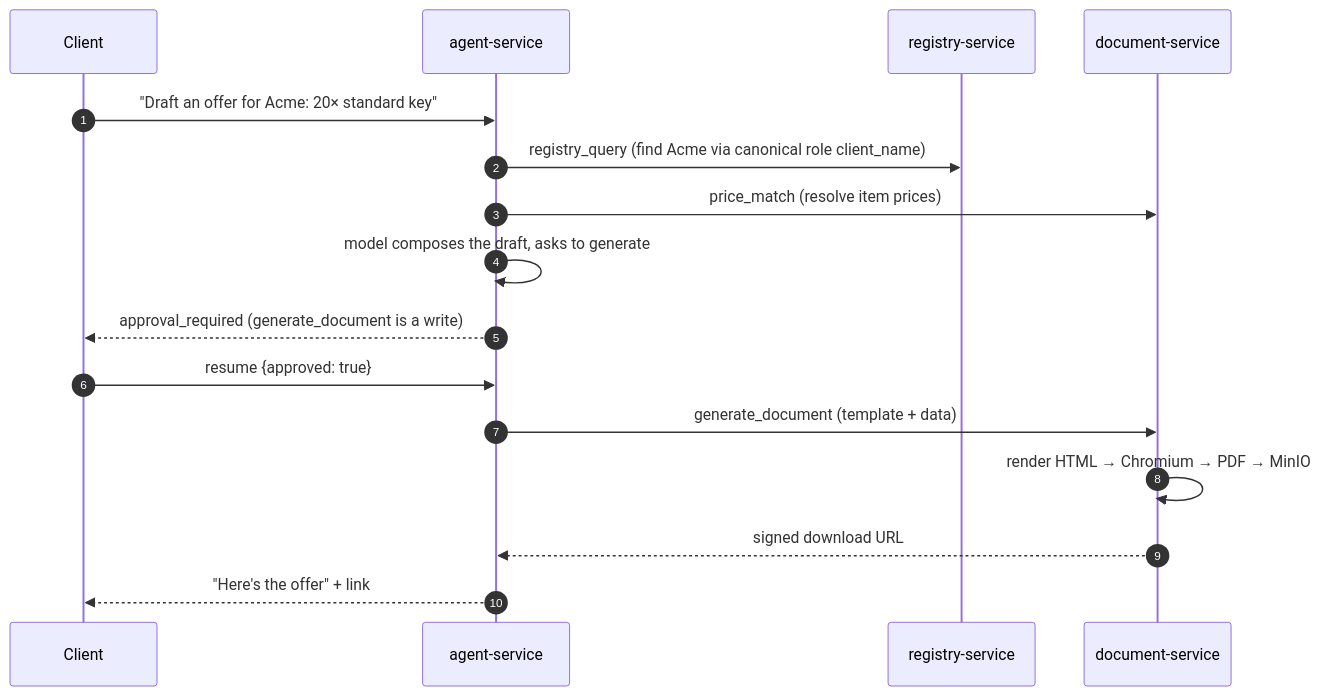
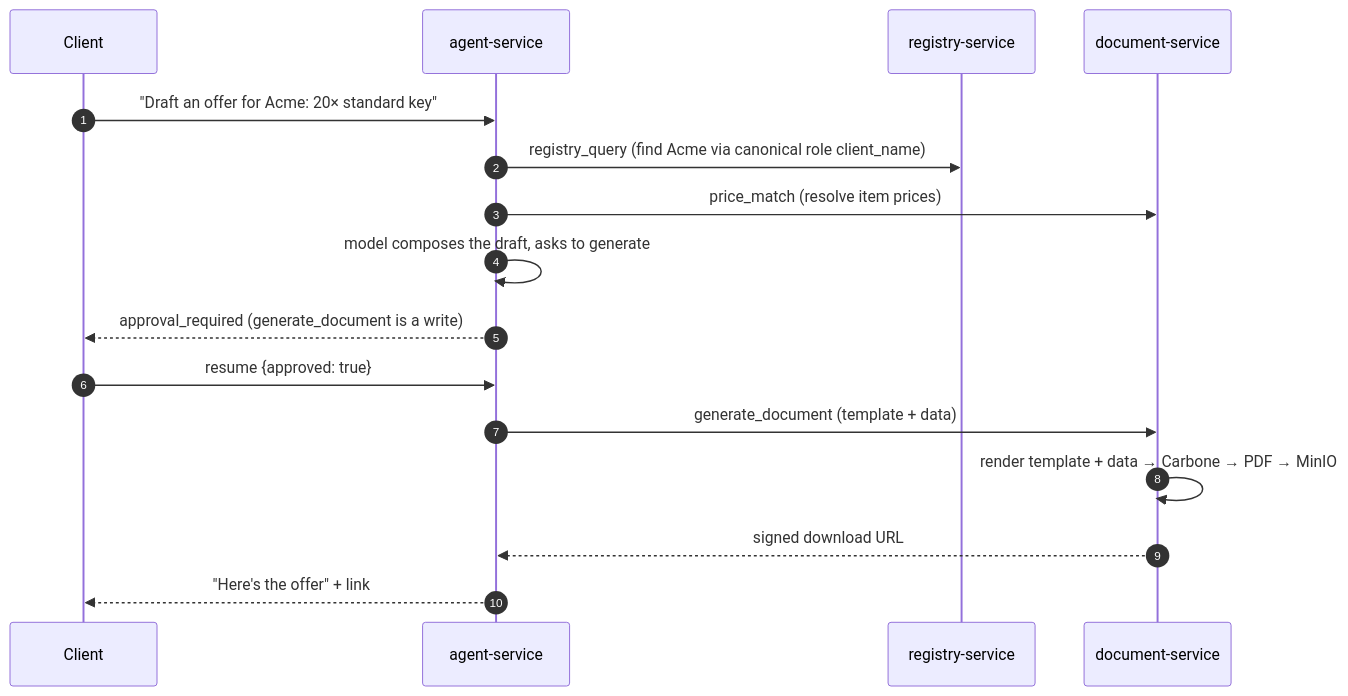
Before and after one commit to stoychev07-art/7X7-microservice: the second of 2 diagrams in docs/explanation/m3-what-you-get.md, drawn with Mermaid. The commit also changed other lines of this file and 65 other files, not shown here.

First line of the commit message:
Enhance architecture and service documentation

````diff
--- a/docs/explanation/m3-what-you-get.md
+++ b/docs/explanation/m3-what-you-get.md
@@ -95,18 +95,18 @@
 ```mermaid
 sequenceDiagram
     autonumber
     participant C as Client
     participant A as agent-service
     participant R as registry-service
     participant D as document-service
     C->>A: "Draft an offer for Acme: 20× standard key"
     A->>R: registry_query (find Acme via canonical role client_name)
     A->>D: price_match (resolve item prices)
     A->>A: model composes the draft, asks to generate
     A-->>C: approval_required (generate_document is a write)
     C->>A: resume {approved: true}
     A->>D: generate_document (template + data)
-    D->>D: render HTML → Chromium → PDF → MinIO
+    D->>D: render template + data → Carbone → PDF → MinIO
     D-->>A: signed download URL
     A-->>C: "Here's the offer" + link
 ```
````
